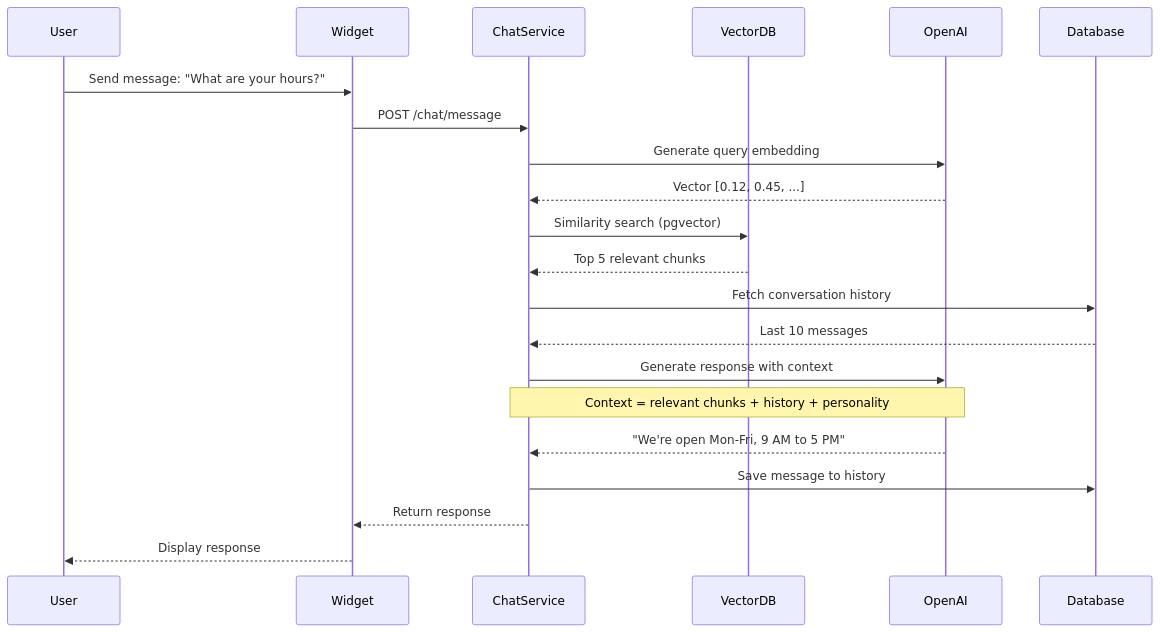
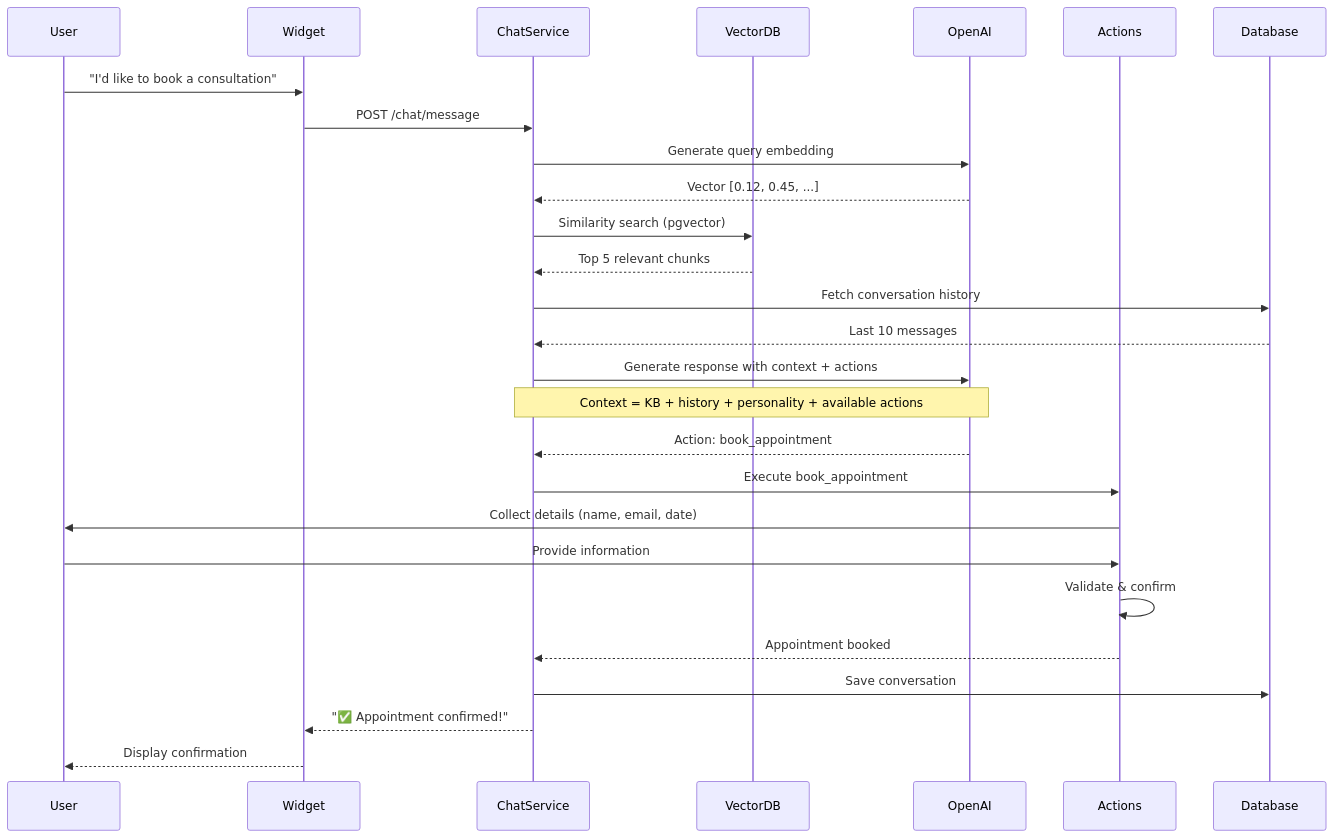
One commit to michalwilman/AgentDesk changed the second of 2 diagrams in README.md. Above: the diagram before and after it, drawn with Mermaid. The commit also changed other lines of this file and 52 other files, not shown here.

````diff
--- a/README.md
+++ b/README.md
@@ -172,29 +189,36 @@
 ```mermaid
 sequenceDiagram
     participant User
     participant Widget
     participant ChatService
     participant VectorDB
     participant OpenAI
+    participant Actions
     participant Database
     
-    User->>Widget: Send message: "What are your hours?"
+    User->>Widget: "I'd like to book a consultation"
     Widget->>ChatService: POST /chat/message
     
     ChatService->>OpenAI: Generate query embedding
     OpenAI-->>ChatService: Vector [0.12, 0.45, ...]
     
     ChatService->>VectorDB: Similarity search (pgvector)
     VectorDB-->>ChatService: Top 5 relevant chunks
     
     ChatService->>Database: Fetch conversation history
     Database-->>ChatService: Last 10 messages
     
-    ChatService->>OpenAI: Generate response with context
-    Note over ChatService,OpenAI: Context = relevant chunks + history + personality
-    OpenAI-->>ChatService: "We're open Mon-Fri, 9 AM to 5 PM"
+    ChatService->>OpenAI: Generate response with context + actions
+    Note over ChatService,OpenAI: Context = KB + history + personality + available actions
+    OpenAI-->>ChatService: Action: book_appointment
     
-    ChatService->>Database: Save message to history
-    ChatService-->>Widget: Return response
-    Widget-->>User: Display response
+    ChatService->>Actions: Execute book_appointment
+    Actions->>User: Collect details (name, email, date)
+    User->>Actions: Provide information
+    Actions->>Actions: Validate & confirm
+    Actions-->>ChatService: Appointment booked
+    
+    ChatService->>Database: Save conversation
+    ChatService-->>Widget: "✅ Appointment confirmed!"
+    Widget-->>User: Display confirmation
 ```
````
